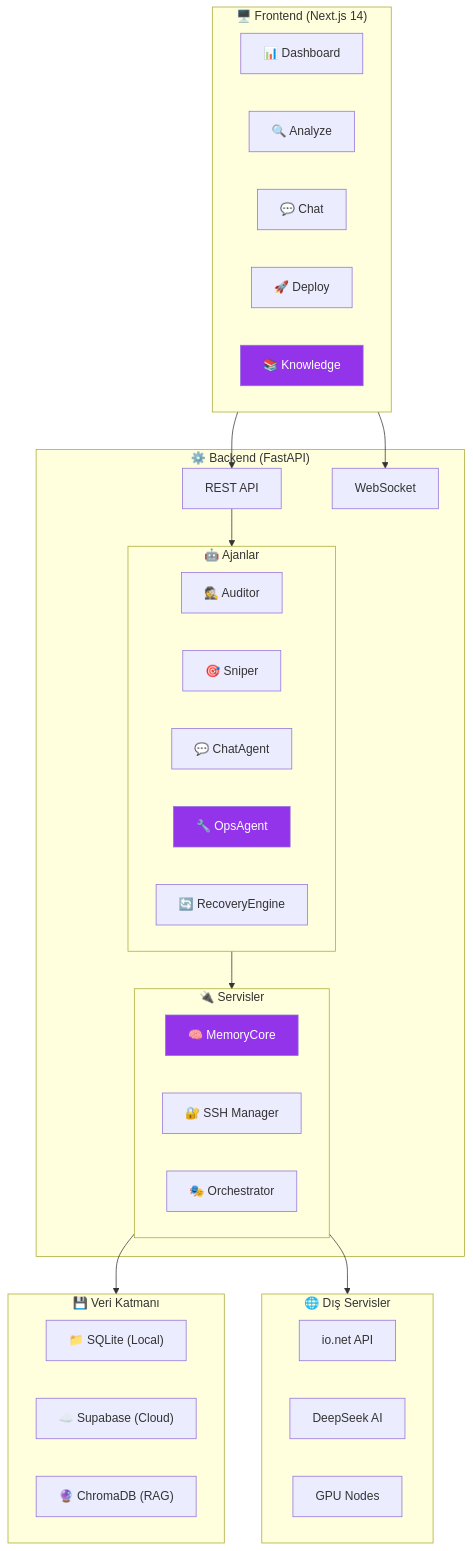
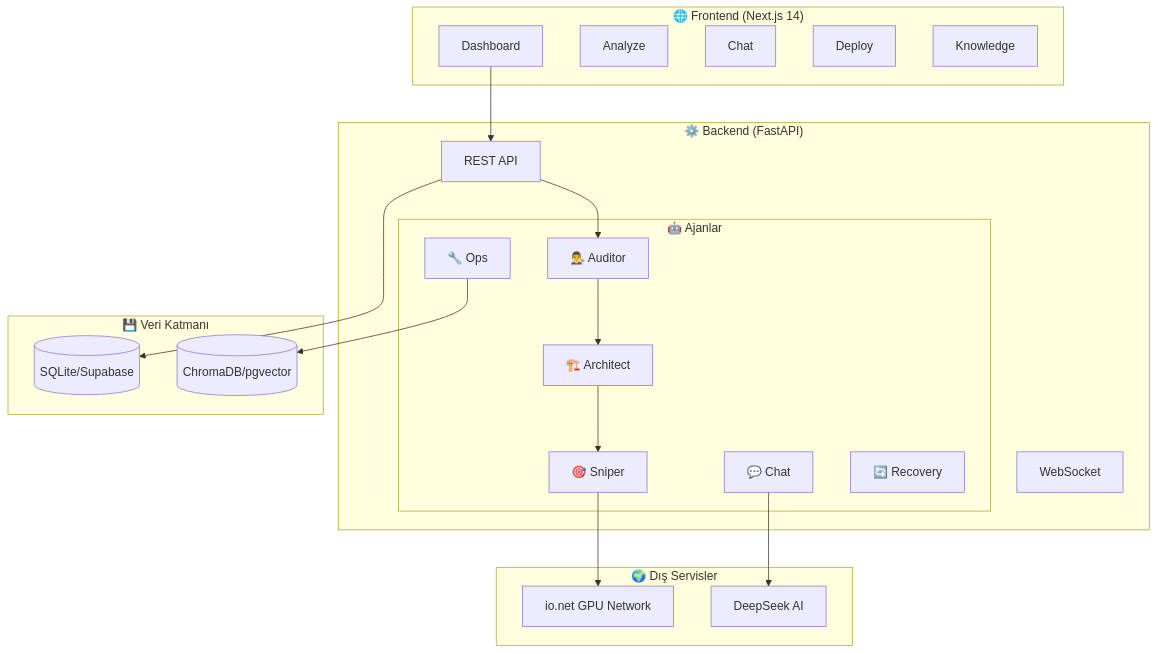
One commit to aliozen0/sentinel-io changed the diagram in README.md. Above: the diagram before and after it, drawn with Mermaid. The commit also changed other lines of this file, not shown here.

````diff
--- a/README.md
+++ b/README.md
@@ -11,53 +255,43 @@
 ```mermaid
-flowchart TB
-    subgraph Frontend["🖥️ Frontend (Next.js 14)"]
-        Dashboard["📊 Dashboard"]
-        Analyze["🔍 Analyze"]
-        Chat["💬 Chat"]
-        Deploy["🚀 Deploy"]
-        Knowledge["📚 Knowledge"]
+graph TB
+    subgraph "🌐 Frontend (Next.js 14)"
+        UI[Dashboard]
+        Analyze[Analyze]
+        Chat[Chat]
+        Deploy[Deploy]
+        Knowledge[Knowledge]
     end
-
-    subgraph Backend["⚙️ Backend (FastAPI)"]
-        API["REST API"]
-        WS["WebSocket"]
+    
+    subgraph "⚙️ Backend (FastAPI)"
+        API[REST API]
+        WS[WebSocket]
         
-        subgraph Agents["🤖 Ajanlar"]
-            Auditor["🕵️ Auditor"]
-            Sniper["🎯 Sniper"]
-            ChatAgent["💬 ChatAgent"]
-            OpsAgent["🔧 OpsAgent"]
-            Recovery["🔄 RecoveryEngine"]
-        end
-        
-        subgraph Services["🔌 Servisler"]
-            MemoryCore["🧠 MemoryCore"]
-            SSH["🔐 SSH Manager"]
-            Orchestrator["🎭 Orchestrator"]
+        subgraph "🤖 Ajanlar"
+            Auditor[👨‍⚖️ Auditor]
+            Architect[🏗️ Architect]
+            Sniper[🎯 Sniper]
+            ChatAgent[💬 Chat]
+            OpsAgent[🔧 Ops]
+            Recovery[🔄 Recovery]
         end
     end
-
-    subgraph Storage["💾 Veri Katmanı"]
-        direction LR
-        SQLite["📁 SQLite (Local)"]
-        Supabase["☁️ Supabase (Cloud)"]
-        ChromaDB["🔮 ChromaDB (RAG)"]
+    
+    subgraph "💾 Veri Katmanı"
+        DB[(SQLite/Supabase)]
+        Vector[(ChromaDB/pgvector)]
     end
-
-    subgraph External["🌐 Dış Servisler"]
-        IONet["io.net API"]
-        DeepSeek["DeepSeek AI"]
-        GPU["GPU Nodes"]
+    
+    subgraph "🌍 Dış Servisler"
+        IONet[io.net GPU Network]
+        AI[DeepSeek AI]
     end
-
-    Frontend --> API
-    Frontend --> WS
-    API --> Agents
-    Agents --> Services
-    Services --> Storage
-    Services --> External
     
-    style MemoryCore fill:#9333ea,color:#fff
-    style OpsAgent fill:#9333ea,color:#fff
-    style Knowledge fill:#9333ea,color:#fff
+    UI --> API
+    API --> Auditor
+    Auditor --> Architect
+    Architect --> Sniper
+    Sniper --> IONet
+    ChatAgent --> AI
+    OpsAgent --> Vector
+    API --> DB
 ```
````
